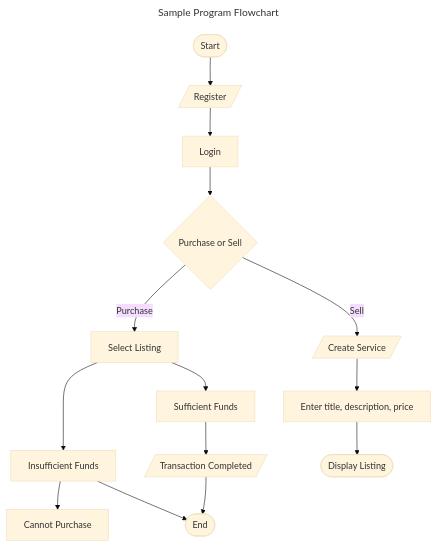
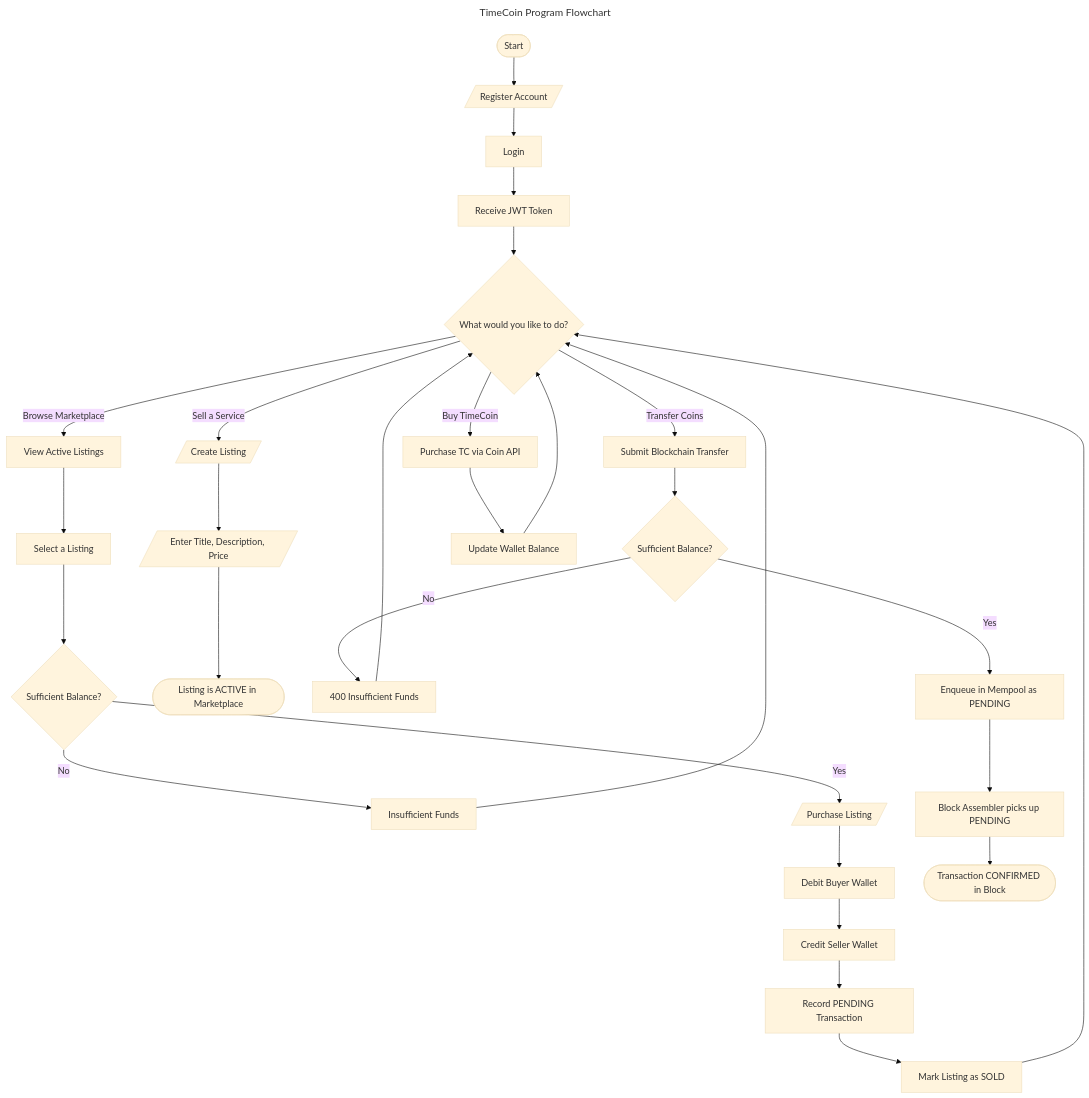
Before and after one commit to Kshitij2004/TimeCoin-Project: the fourth of 6 diagrams in README.md, drawn with Mermaid (base theme).

Commit message:
updated flowchart

````diff
--- a/README.md
+++ b/README.md
@@ -375,19 +375,39 @@
 ```mermaid
 ---
-title: Sample Program Flowchart
+title: TimeCoin Program Flowchart
 ---
 graph TD;
-    Start([Start]) --> Register[/Register/];
-    Register --> Login[Login];
-    Login --> Purchase_or_Sell{Purchase or Sell};
-    Purchase_or_Sell -->|Purchase| Select_Listing[Select Listing];
-    Purchase_or_Sell -->|Sell| Create_Service[/Create Service/];
-    Select_Listing --> Insufficient_Funds[Insufficient Funds];
-    Select_Listing --> Sufficient_Funds[Sufficient Funds]
-    Insufficient_Funds --> Cannot_Purchase[Cannot Purchase];
-    Sufficient_Funds --> Complete_Transaction[/Transaction Completed/];
-    Complete_Transaction --> End([End]);
-    Insufficient_Funds --> End;
-    Create_Service --> Description[Enter title, description, price];
-    Description --> Display_in_Market([Display Listing]);
+    Start([Start]) --> Register[/Register Account/]
+    Register --> Login[Login]
+    Login --> JWT[Receive JWT Token]
+    JWT --> Dashboard{What would you like to do?}
+
+    Dashboard -->|Browse Marketplace| ViewListings[View Active Listings]
+    Dashboard -->|Sell a Service| CreateListing[/Create Listing/]
+    Dashboard -->|Transfer Coins| Transfer[Submit Blockchain Transfer]
+    Dashboard -->|Buy TimeCoin| BuyCoin[Purchase TC via Coin API]
+
+    ViewListings --> SelectListing[Select a Listing]
+    SelectListing --> CheckFunds{Sufficient Balance?}
+    CheckFunds -->|No| InsufficientFunds[Insufficient Funds]
+    InsufficientFunds --> Dashboard
+    CheckFunds -->|Yes| Purchase[/Purchase Listing/]
+    Purchase --> DebitBuyer[Debit Buyer Wallet]
+    DebitBuyer --> CreditSeller[Credit Seller Wallet]
+    CreditSeller --> RecordPending[Record PENDING Transaction]
+    RecordPending --> MarkSold[Mark Listing as SOLD]
+    MarkSold --> Dashboard
+
+    CreateListing --> SetDetails[/Enter Title, Description, Price/]
+    SetDetails --> ActiveListing([Listing is ACTIVE in Marketplace])
+
+    Transfer --> ValidateBalance{Sufficient Balance?}
+    ValidateBalance -->|No| RejectTransfer[400 Insufficient Funds]
+    RejectTransfer --> Dashboard
+    ValidateBalance -->|Yes| EnqueueMempool[Enqueue in Mempool as PENDING]
+    EnqueueMempool --> AssembleBlock[Block Assembler picks up PENDING]
+    AssembleBlock --> Confirmed([Transaction CONFIRMED in Block])
+
+    BuyCoin --> UpdateWallet[Update Wallet Balance]
+    UpdateWallet --> Dashboard
 ```
````
